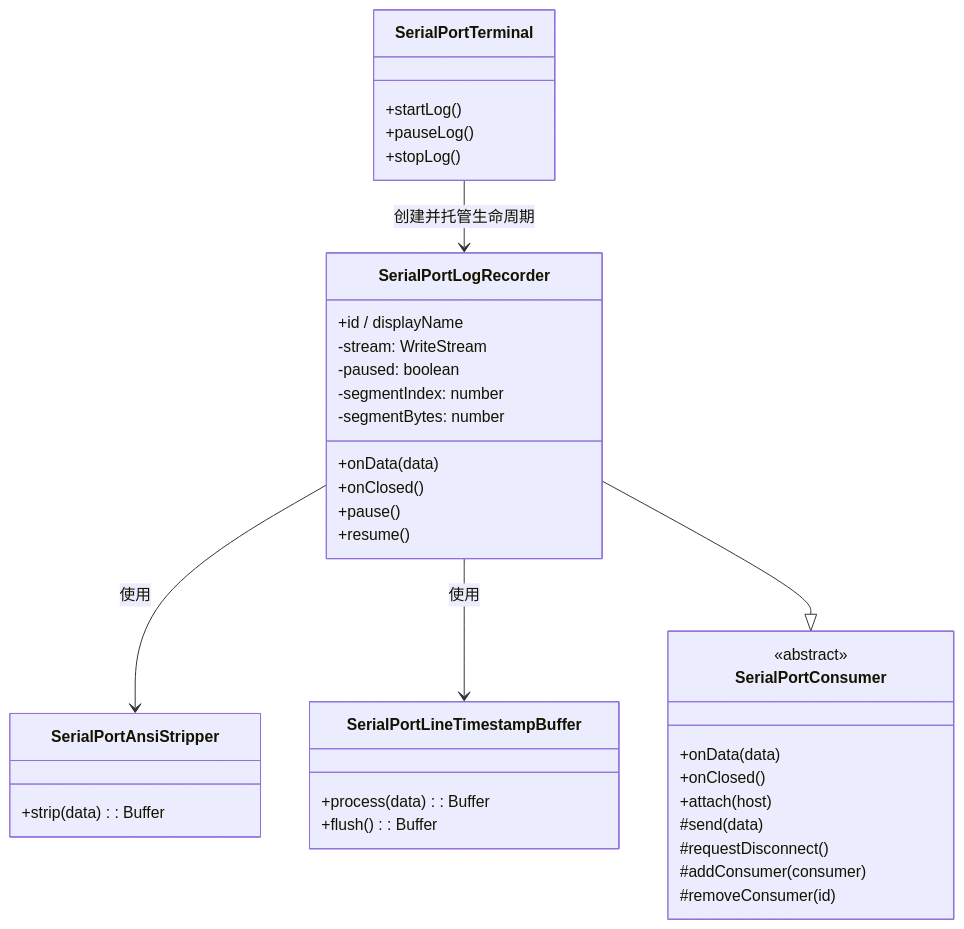
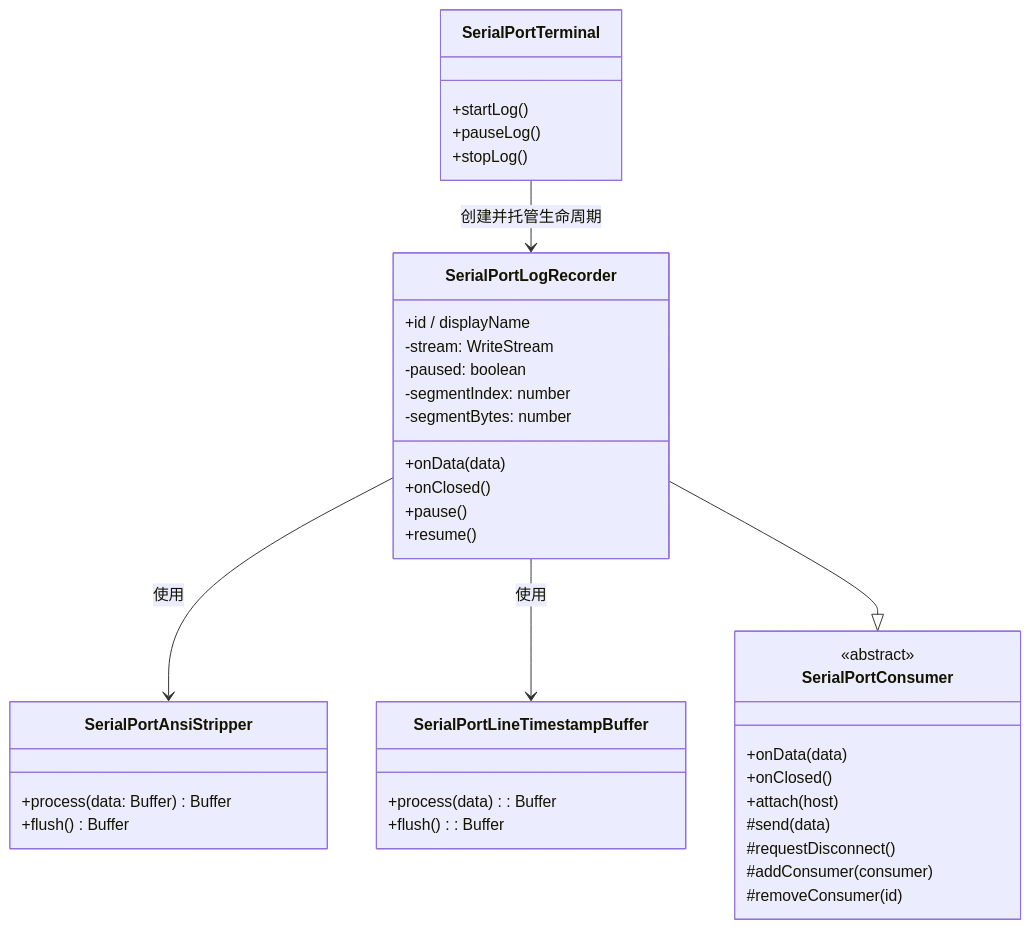
The diagram in doc/ConsumerDesign/SerialPortLogRecorder设计.md (ziqiang-zhu/vscode-serial-port-terminal), drawn with Mermaid before and after one commit. The commit also changed other lines of this file and 4 other files, not shown here.

````diff
--- a/doc/ConsumerDesign/SerialPortLogRecorder设计.md
+++ b/doc/ConsumerDesign/SerialPortLogRecorder设计.md
@@ -166,40 +166,41 @@
 ```mermaid
 classDiagram
     class SerialPortConsumer {
         <<abstract>>
         +onData(data)
         +onClosed()
         +attach(host)
         #send(data)
         #requestDisconnect()
         #addConsumer(consumer)
         #removeConsumer(id)
     }
     class SerialPortLogRecorder {
         +id / displayName
         +onData(data)
         +onClosed()
         +pause()
         +resume()
         -stream: WriteStream
         -paused: boolean
         -segmentIndex: number
         -segmentBytes: number
     }
     class SerialPortAnsiStripper {
-        +strip(data): Buffer
+        +process(data: Buffer) Buffer
+        +flush() Buffer
     }
     class SerialPortLineTimestampBuffer {
         +process(data): Buffer
         +flush(): Buffer
     }
     class SerialPortTerminal {
         +startLog()
         +pauseLog()
         +stopLog()
     }
     SerialPortLogRecorder --> SerialPortAnsiStripper : 使用
     SerialPortLogRecorder --> SerialPortLineTimestampBuffer : 使用
     SerialPortLogRecorder --|> SerialPortConsumer
     SerialPortTerminal --> SerialPortLogRecorder : 创建并托管生命周期
 ```
````
